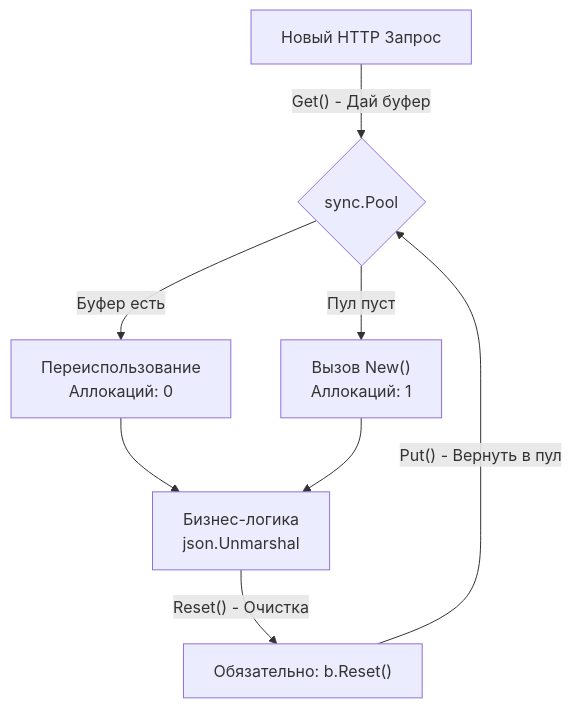
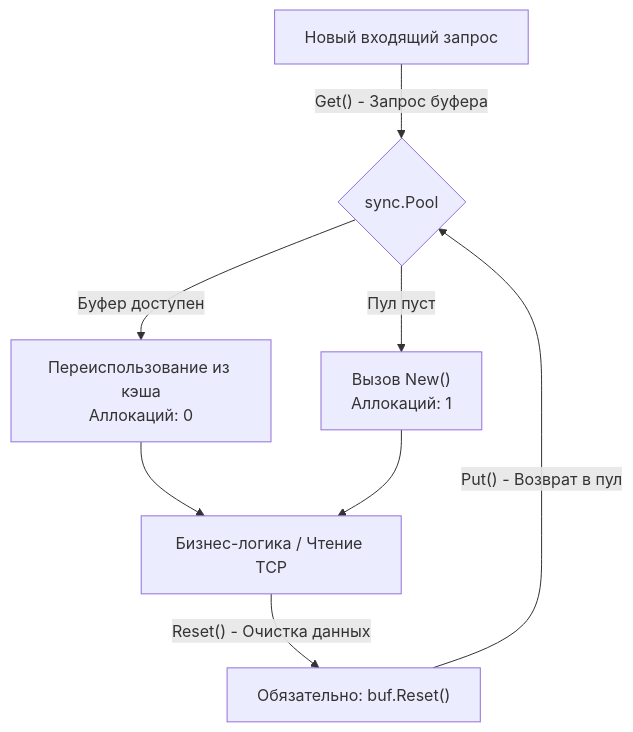
Before and after one commit to UnrealTemplier/go-textbook: the third of 5 diagrams in sources/10. Проектирование API и Сетевые протоколы/39. API performance.md, drawn with Mermaid. The commit also changed other lines of this file, not shown here.

````diff
--- a/sources/10. Проектирование API и Сетевые протоколы/39. API performance.md
+++ b/sources/10. Проектирование API и Сетевые протоколы/39. API performance.md
@@ -88,13 +147,13 @@
 ```mermaid
 flowchart TD
-    Req["Новый HTTP Запрос"] -->|"Get() - Дай буфер"| Pool{"sync.Pool"}
+    Req["Новый входящий запрос"] -->|"Get() - Запрос буфера"| Pool{"sync.Pool"}
     
-    Pool -->|Буфер есть| Reuse["Переиспользование<br>Аллокаций: 0"]
-    Pool -->|Пул пуст| New["Вызов New()<br>Аллокаций: 1"]
+    Pool -->|"Буфер доступен"| Reuse["Переиспользование из кэша\nАллокаций: 0"]
+    Pool -->|"Пул пуст"| New["Вызов New()\nАллокаций: 1"]
     
-    Reuse --> Logic["Бизнес-логика<br>json.Unmarshal"]
+    Reuse --> Logic["Бизнес-логика / Чтение TCP"]
     New --> Logic
     
-    Logic -->|"Reset() - Очистка"| Clean["Обязательно: b.Reset()"]
-    Clean -->|"Put() - Вернуть в пул"| Pool
+    Logic -->|"Reset() - Очистка данных"| Clean["Обязательно: buf.Reset()"]
+    Clean -->|"Put() - Возврат в пул"| Pool
 ```
````
